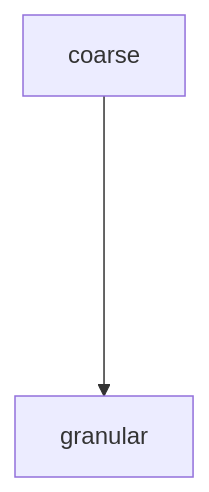
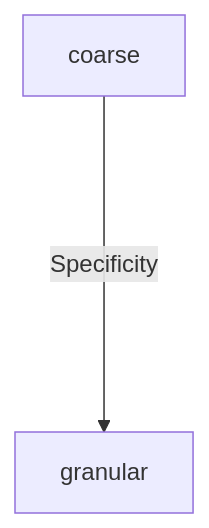
One commit to UF-SPLab/coding-capabilities-science changed the seventh of 17 diagrams in cultivate_coding.qmd. Above: the diagram before and after it, drawn with Mermaid. The commit also changed other lines of this file and 17 other files, not shown here.

````diff
--- a/cultivate_coding.qmd
+++ b/cultivate_coding.qmd
@@ -399,7 +488,8 @@
 ```{mermaid, echo=FALSE, warning=FALSE, message=FALSE, fig.width=1.5, fig.height=12}
 
-graph TD;
-    A[coarse] -----> B[granular]
+graph TD
+
+      A[coarse] ----->|Specificity </tab> </tab> </tab> </tab> </tab> </tab> </tab> </tab> </tab> </tab> </tab>   | B[granular]
 
 
 ```
````
